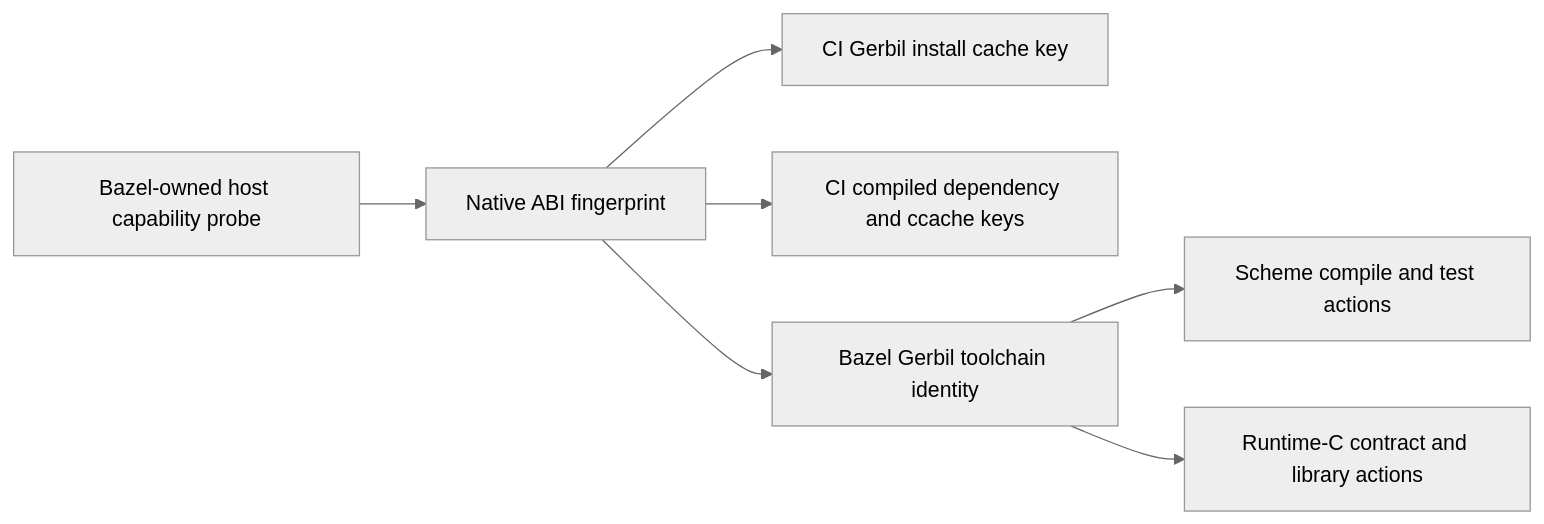
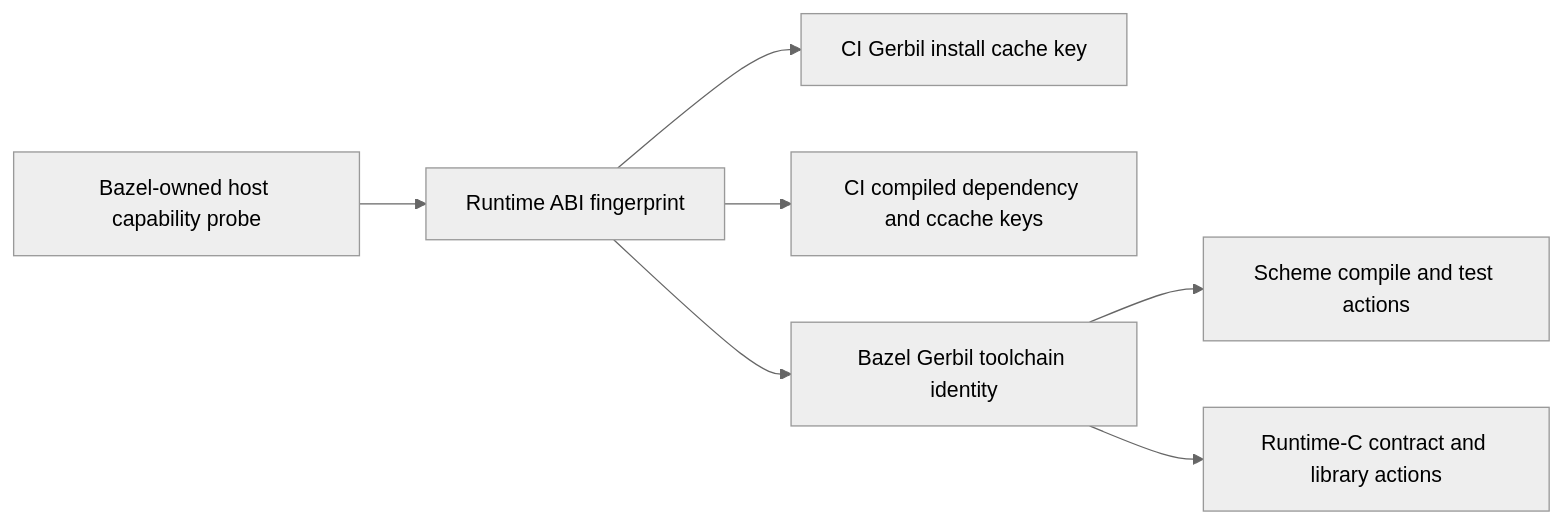
The fourth of 4 diagrams in module-system/design/147-adaptive-scheme-build-guard/05-cold-build-truth/06-runtime-c-capability.org (tao3k/gebril-yuanxu), drawn with Mermaid (neutral theme) before and after one commit. The commit also changed other lines of this file and 1469 other files, not shown here.

```diff
--- a/module-system/design/147-adaptive-scheme-build-guard/05-cold-build-truth/06-runtime-c-capability.org
+++ b/module-system/design/147-adaptive-scheme-build-guard/05-cold-build-truth/06-runtime-c-capability.org
@@ -113,9 +113,9 @@
 #+begin_src mermaid
 flowchart LR
-  Probe["Bazel-owned host capability probe"] --> ABI["Native ABI fingerprint"]
+  Probe["Bazel-owned host capability probe"] --> ABI["Runtime ABI fingerprint"]
   ABI --> Install["CI Gerbil install cache key"]
   ABI --> Dependencies["CI compiled dependency and ccache keys"]
   ABI --> Toolchain["Bazel Gerbil toolchain identity"]
   Toolchain --> Scheme["Scheme compile and test actions"]
   Toolchain --> RuntimeC["Runtime-C contract and library actions"]
 #+end_src
```
